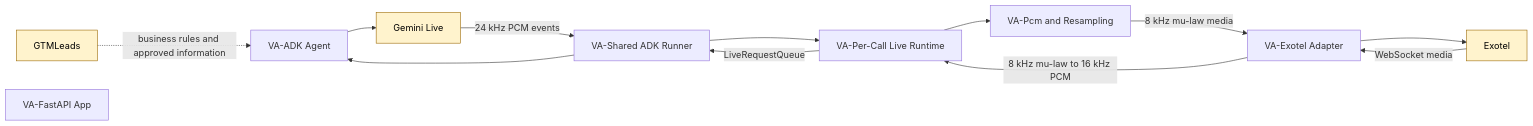
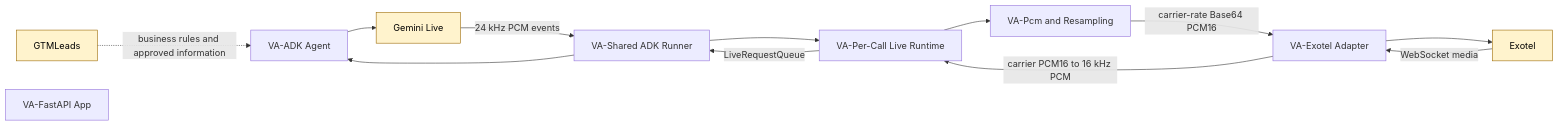
The first of 2 diagrams in service/voice-agent/docs/PROGRAMMER_GUIDE.md (mriduljain/voice-agent), drawn with Mermaid before and after one commit. The commit also changed other lines of this file and 6 other files, not shown here.

````diff
--- a/service/voice-agent/docs/PROGRAMMER_GUIDE.md
+++ b/service/voice-agent/docs/PROGRAMMER_GUIDE.md
@@ -13,28 +13,28 @@
 ```mermaid
 flowchart LR
     GTM[GTMLeads]:::external
     EX[Exotel]:::external
     GEM[Gemini Live]:::external
 
     VAAPI[VA-FastAPI App]
     VAADK[VA-ADK Agent]
     VARUN[VA-Shared ADK Runner]
     VAEX[VA-Exotel Adapter]
     VACALL[VA-Per-Call Live Runtime]
     VAAUDIO[VA-Pcm and Resampling]
 
     EX -->|WebSocket media| VAEX
-    VAEX -->|8 kHz mu-law to 16 kHz PCM| VACALL
+    VAEX -->|carrier PCM16 to 16 kHz PCM| VACALL
     VACALL -->|LiveRequestQueue| VARUN
     VARUN --> VAADK
     VAADK --> GEM
     GEM -->|24 kHz PCM events| VARUN
     VARUN --> VACALL
     VACALL --> VAAUDIO
-    VAAUDIO -->|8 kHz mu-law media| VAEX
+    VAAUDIO -->|carrier-rate Base64 PCM16| VAEX
     VAEX --> EX
 
     GTM -. business rules and approved information .-> VAADK
 
     classDef external fill:#fff3cd,stroke:#9a6700,color:#000
 ```
````
